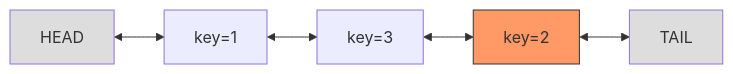
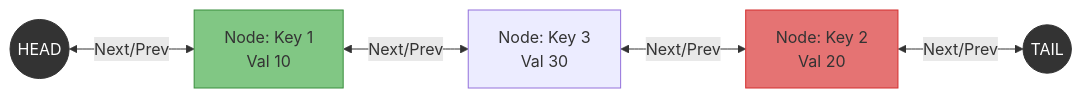
One commit to Hike-12/CCP changed the diagram in practical_exam/q12_lru_cache.md. Above: the diagram before and after it, drawn with Mermaid. The commit also changed other lines of this file and 17 other files, not shown here.

````diff
--- a/practical_exam/q12_lru_cache.md
+++ b/practical_exam/q12_lru_cache.md
@@ -76,7 +122,15 @@
 ```mermaid
 graph LR
-    H[HEAD] <--> N1["key=1"] <--> N3["key=3"] <--> N2["key=2"] <--> T[TAIL]
-    style H fill:#ddd
-    style T fill:#ddd
-    style N2 fill:#f96,stroke:#333
+    H((HEAD)) <-->|Next/Prev| N1["Node: Key 1<br>Val 10"]
+    N1 <-->|Next/Prev| N3["Node: Key 3<br>Val 30"]
+    N3 <-->|Next/Prev| N2["Node: Key 2<br>Val 20"]
+    N2 <-->|Next/Prev| T((TAIL))
+    
+    style H fill:#333,stroke:#333,color:#fff
+    style T fill:#333,stroke:#333,color:#fff
+    style N1 fill:#81c784,stroke:#388e3c
+    style N2 fill:#e57373,stroke:#d32f2f
+    
+    classDef mru fill:#81c784;
+    classDef lru fill:#e57373;
 ```
````
